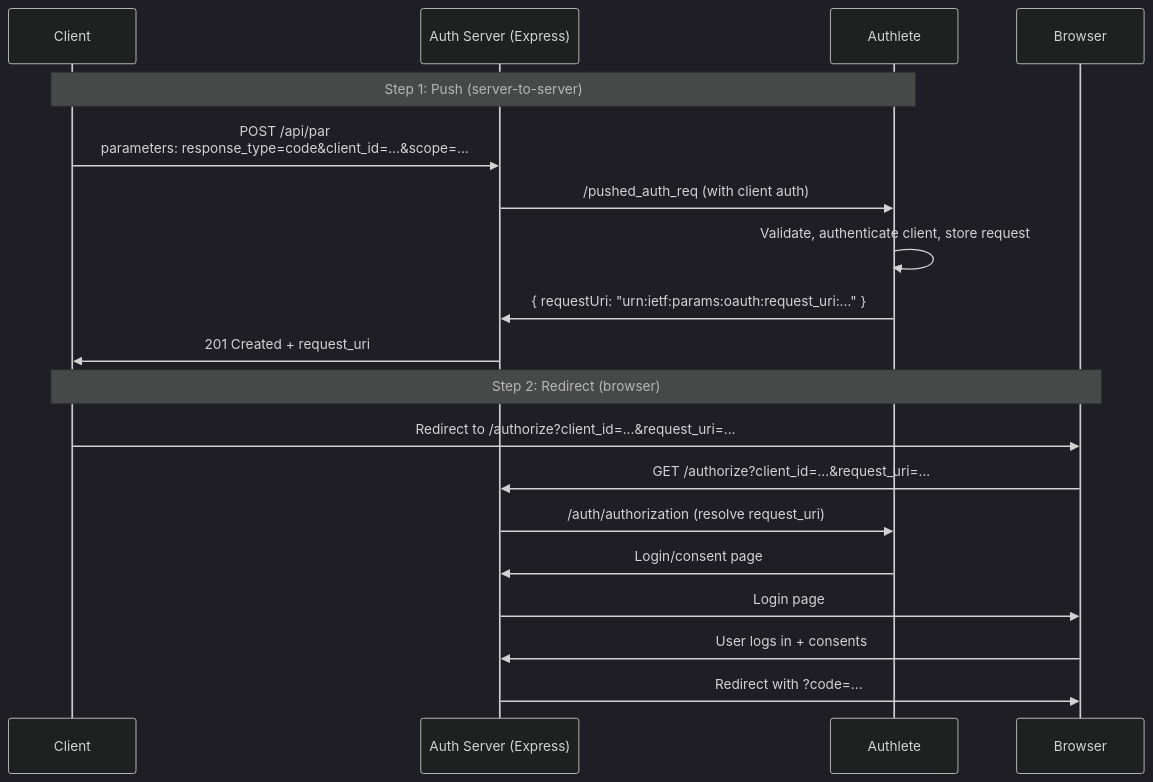
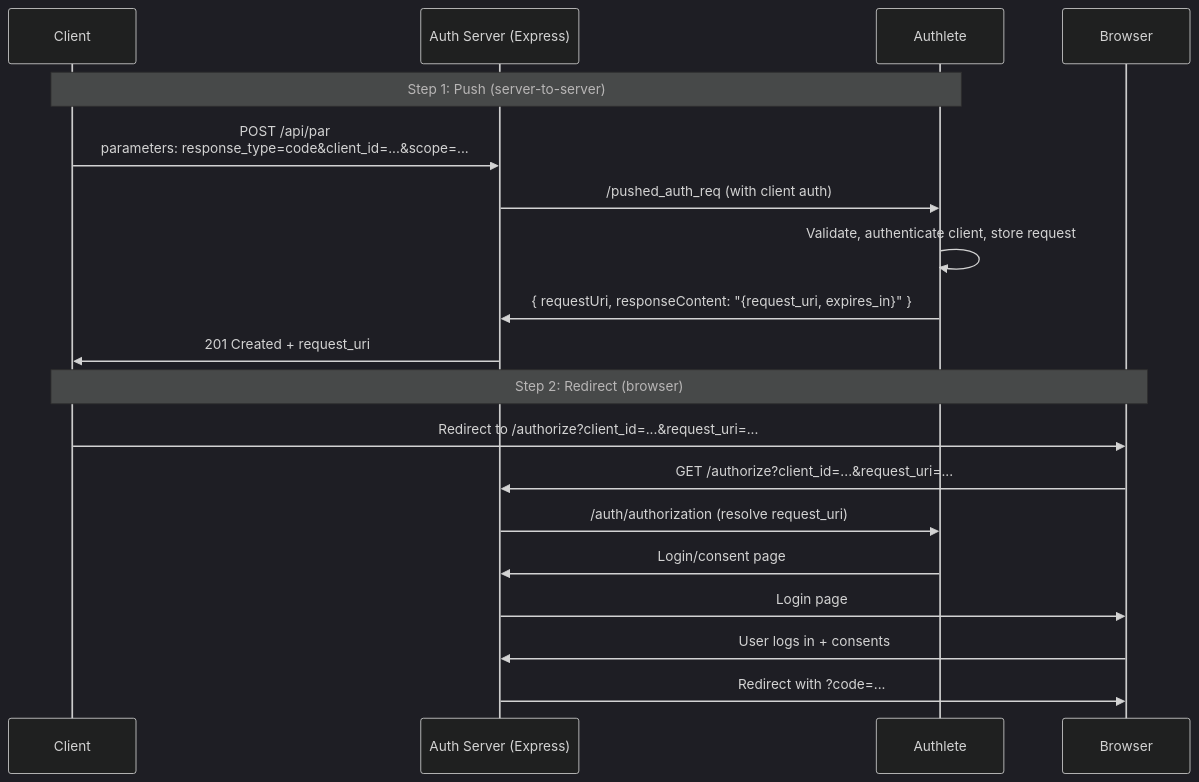
Before and after one commit to blackadi/OAUTH2.0: the third of 4 diagrams in docs/PAR-TUTORIAL.md, drawn with Mermaid. The commit also changed other lines of this file and 28 other files, not shown here.

````diff
--- a/docs/PAR-TUTORIAL.md
+++ b/docs/PAR-TUTORIAL.md
@@ -97,24 +97,24 @@
 ```mermaid
 %%{init: {'theme': 'dark'}}%%
 sequenceDiagram
     participant Client
     participant AuthServer as Auth Server (Express)
     participant Authlete
     participant Browser
 
     Note over Client,Authlete: Step 1: Push (server-to-server)
     Client->>AuthServer: POST /api/par<br/>parameters: response_type=code&client_id=...&scope=...
     AuthServer->>Authlete: /pushed_auth_req (with client auth)
     Authlete->>Authlete: Validate, authenticate client, store request
-    Authlete->>AuthServer: { requestUri: "urn:ietf:params:oauth:request_uri:..." }
+    Authlete->>AuthServer: { requestUri, responseContent: "{request_uri, expires_in}" }
     AuthServer->>Client: 201 Created + request_uri
 
     Note over Client,Browser: Step 2: Redirect (browser)
     Client->>Browser: Redirect to /authorize?client_id=...&request_uri=...
     Browser->>AuthServer: GET /authorize?client_id=...&request_uri=...
     AuthServer->>Authlete: /auth/authorization (resolve request_uri)
     Authlete->>AuthServer: Login/consent page
     AuthServer->>Browser: Login page
     Browser->>AuthServer: User logs in + consents
     AuthServer->>Browser: Redirect with ?code=...
 ```
````
